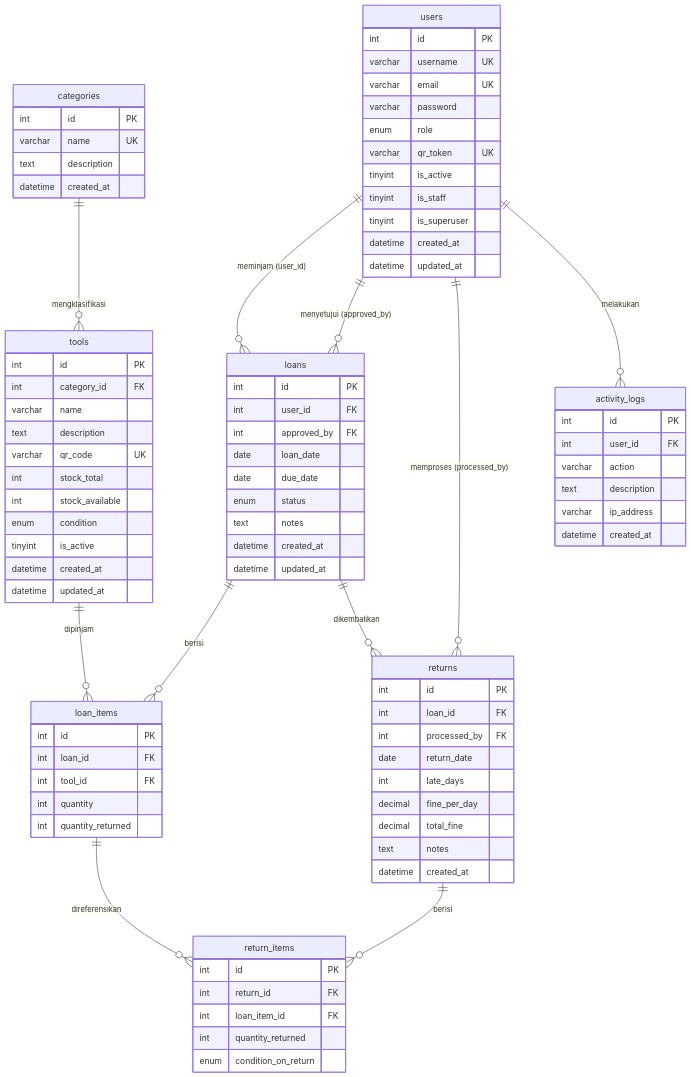
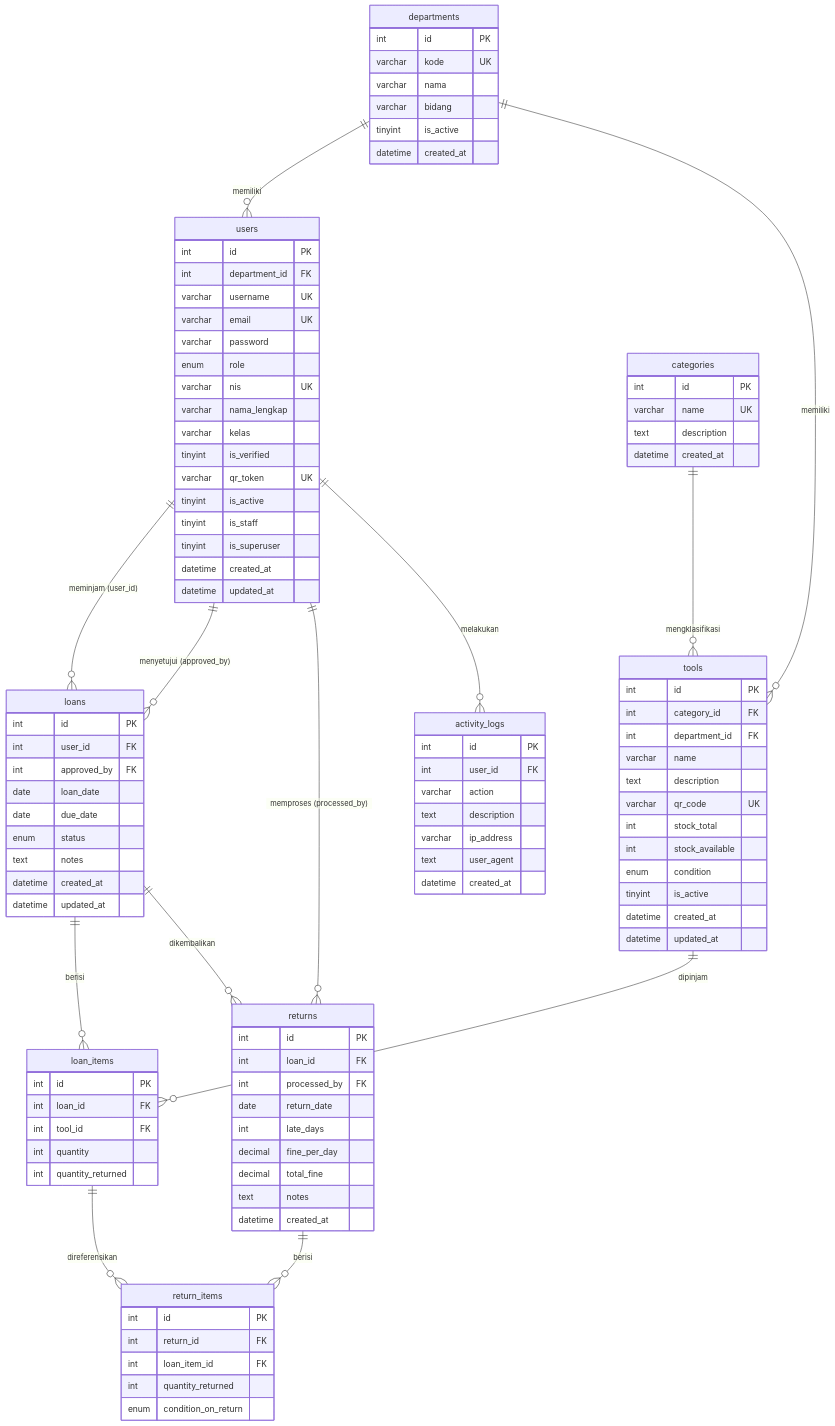
The diagram in DATABASE_ERD_EXPLAINED.md (fathir578/equioment_loan_be), drawn with Mermaid before and after one commit. The commit also changed other lines of this file and 2 other files, not shown here.

````diff
--- a/DATABASE_ERD_EXPLAINED.md
+++ b/DATABASE_ERD_EXPLAINED.md
@@ -10,11 +10,25 @@
 ```mermaid
 erDiagram
+    departments {
+        int id PK
+        varchar kode UK
+        varchar nama
+        varchar bidang
+        tinyint is_active
+        datetime created_at
+    }
+
     users {
         int id PK
+        int department_id FK
         varchar username UK
         varchar email UK
         varchar password
         enum role
+        varchar nis UK
+        varchar nama_lengkap
+        varchar kelas
+        tinyint is_verified
         varchar qr_token UK
         tinyint is_active
         tinyint is_staff
@@ -33,6 +47,7 @@
     tools {
         int id PK
         int category_id FK
+        int department_id FK
         varchar name
         text description
         varchar qr_code UK
@@ -90,9 +105,12 @@
         varchar action
         text description
         varchar ip_address
+        text user_agent
         datetime created_at
     }
 
+    departments ||--o{ users : "memiliki"
+    departments ||--o{ tools : "memiliki"
     users ||--o{ loans : "meminjam (user_id)"
     users ||--o{ loans : "menyetujui (approved_by)"
     users ||--o{ returns : "memproses (processed_by)"
````
